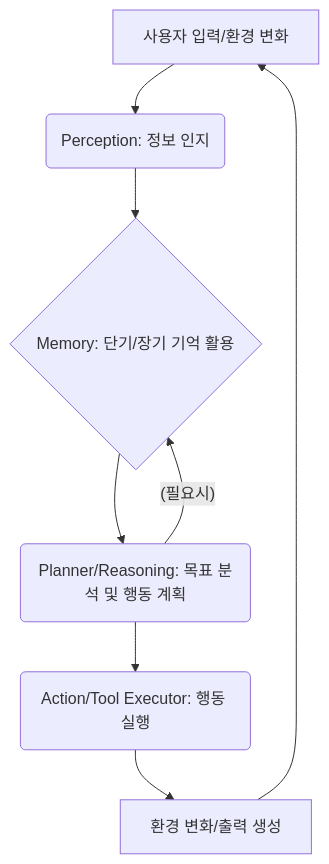
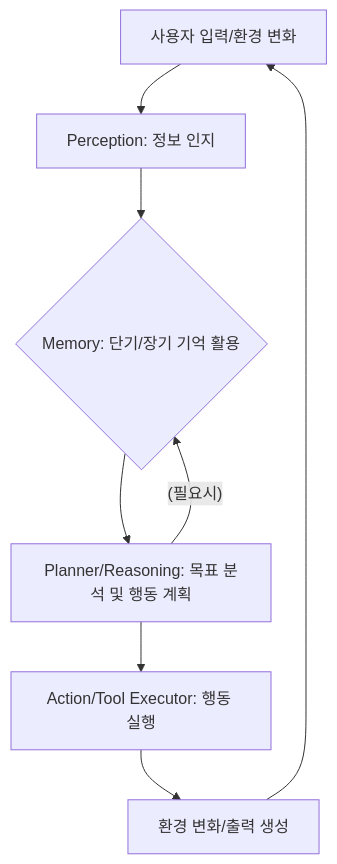
Before and after one commit to Mino777/ai-study: the diagram in content/agents/agent-architectures.mdx, drawn with Mermaid. The commit also changed 30 other files, not shown here.

First line of the commit message:
fix: Mermaid 렌더링 에러 42건 수정 + mermaid-fix.mjs 규칙 4개 추가

````diff
--- a/content/agents/agent-architectures.mdx
+++ b/content/agents/agent-architectures.mdx
@@ -98,10 +98,10 @@
 ```mermaid
 graph TD
-    A[사용자 입력/환경 변화] --> B(Perception: 정보 인지)
+    A[사용자 입력/환경 변화] --> B["Perception: 정보 인지"]
     B --> C{Memory: 단기/장기 기억 활용}
-    C --> D(Planner/Reasoning: 목표 분석 및 행동 계획)
+    C --> D["Planner/Reasoning: 목표 분석 및 행동 계획"]
     D -- (필요시) --> C
-    D --> E(Action/Tool Executor: 행동 실행)
+    D --> E["Action/Tool Executor: 행동 실행"]
     E --> F[환경 변화/출력 생성]
     F --> A
 ```
````
